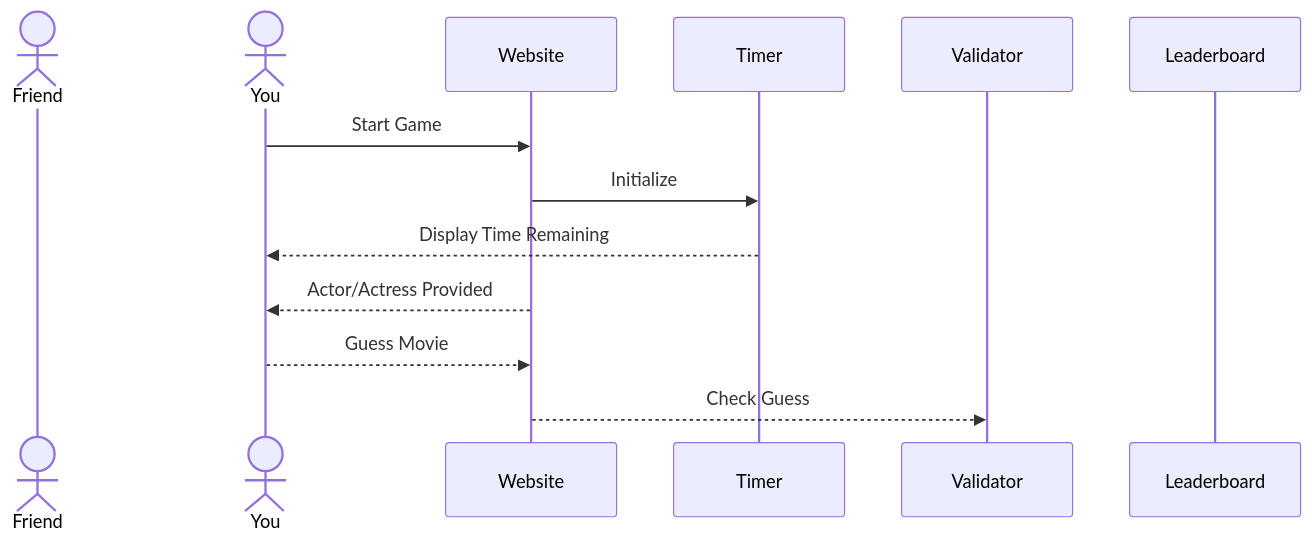
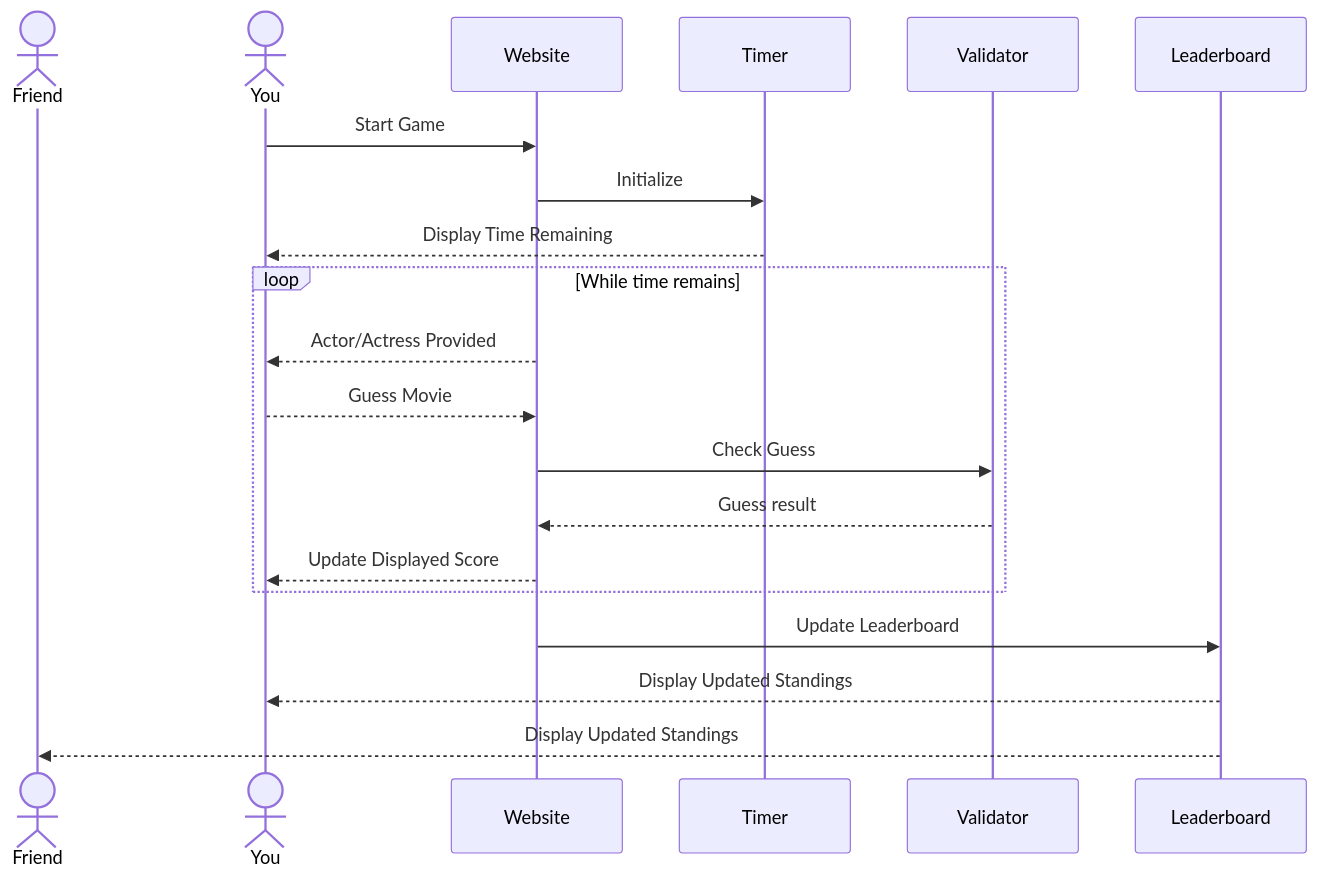
The diagram in README.md (efoulk4/Actordle), drawn with Mermaid before and after one commit.

Commit message:
Sequence Diagram.02

````diff
--- a/README.md
+++ b/README.md
@@ -29,17 +29,23 @@
 ```mermaid
 sequenceDiagram
     actor Friend
     actor You
     participant Website
     participant Timer
     participant Validator
     participant Leaderboard
 
     You->>Website: Start Game
     Website->>Timer: Initialize
     Timer-->>You: Display Time Remaining
-    Website-->>You: Actor/Actress Provided
-    You-->>Website: Guess Movie
-    Website-->>Validator: Check Guess
-
+    loop While time remains
+        Website-->>You: Actor/Actress Provided
+        You-->>Website: Guess Movie
+        Website->>Validator: Check Guess
+        Validator-->>Website: Guess result
+        Website-->>You: Update Displayed Score
+    end
+    Website->>Leaderboard: Update Leaderboard
+    Leaderboard-->>You: Display Updated Standings
+    Leaderboard-->>Friend: Display Updated Standings
 ```
````
